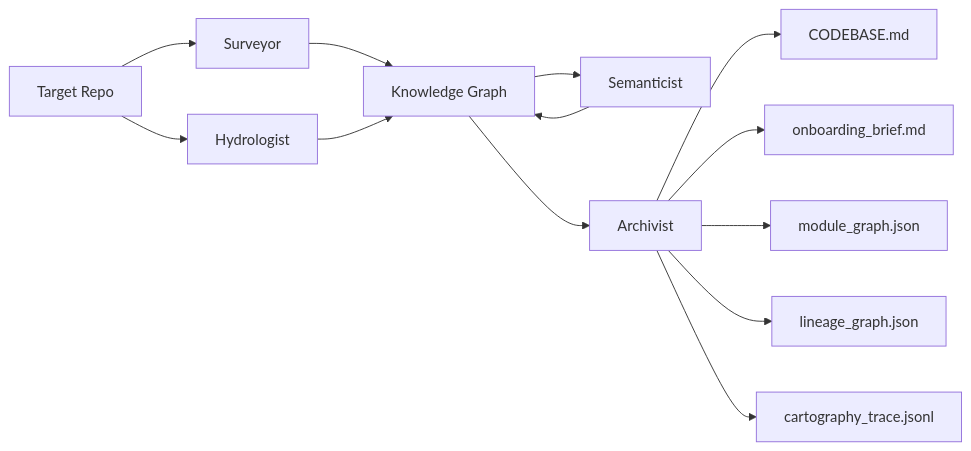
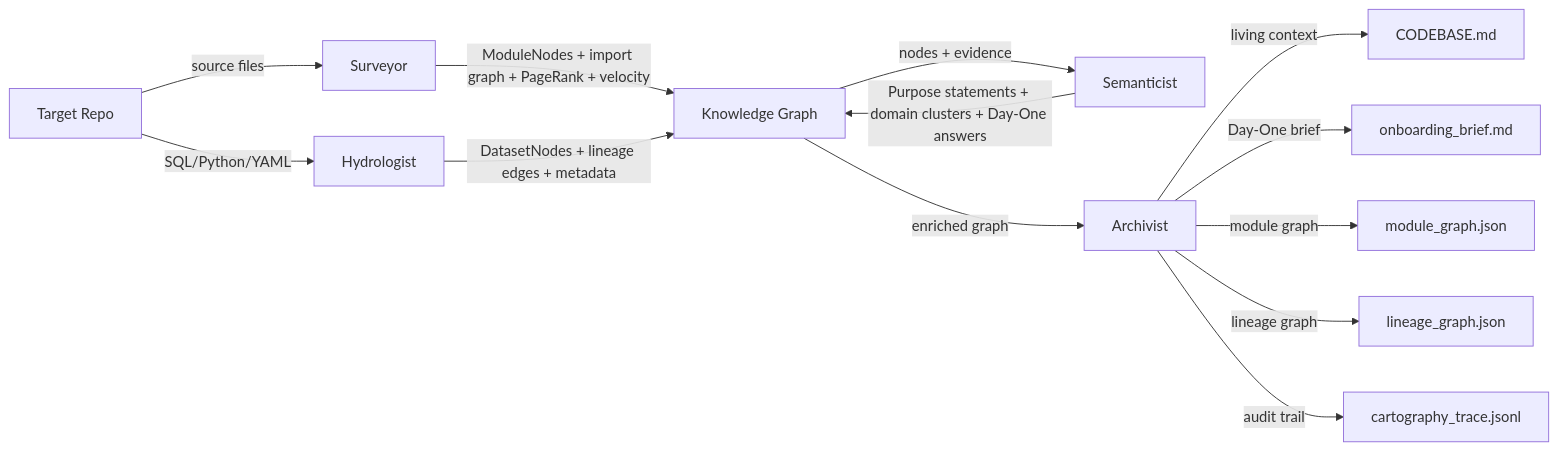
One commit to mamee13/brownfield-codebase-cartographer changed the diagram in INTERIM_REPORT.md. Above: the diagram before and after it, drawn with Mermaid. The commit also changed other lines of this file, not shown here.

Commit message:
Clarify interim diagram and status

````diff
--- a/INTERIM_REPORT.md
+++ b/INTERIM_REPORT.md
@@ -47,15 +47,15 @@
 ```mermaid
 flowchart LR
-  A[Target Repo] --> S[Surveyor]
-  A --> H[Hydrologist]
-  S --> KG[Knowledge Graph]
-  H --> KG
-  KG --> Se[Semanticist]
-  Se --> KG
-  KG --> Ar[Archivist]
-  Ar --> O1[CODEBASE.md]
-  Ar --> O2[onboarding_brief.md]
-  Ar --> O3[module_graph.json]
-  Ar --> O4[lineage_graph.json]
-  Ar --> O5[cartography_trace.jsonl]
+  A[Target Repo] -->|source files| S[Surveyor]
+  A -->|SQL/Python/YAML| H[Hydrologist]
+  S -->|ModuleNodes + import graph + PageRank + velocity| KG[Knowledge Graph]
+  H -->|DatasetNodes + lineage edges + metadata| KG
+  KG -->|nodes + evidence| Se[Semanticist]
+  Se -->|Purpose statements + domain clusters + Day-One answers| KG
+  KG -->|enriched graph| Ar[Archivist]
+  Ar -->|living context| O1[CODEBASE.md]
+  Ar -->|Day-One brief| O2[onboarding_brief.md]
+  Ar -->|module graph| O3[module_graph.json]
+  Ar -->|lineage graph| O4[lineage_graph.json]
+  Ar -->|audit trail| O5[cartography_trace.jsonl]
 ```
````
